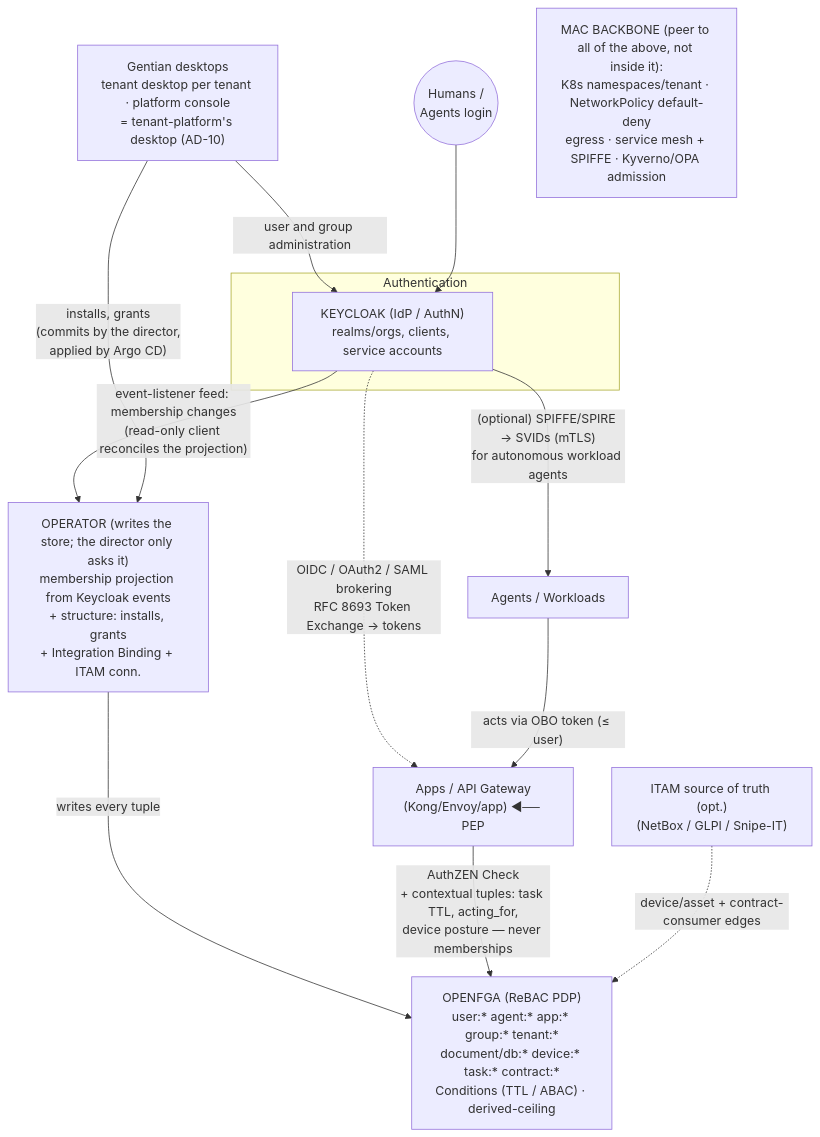
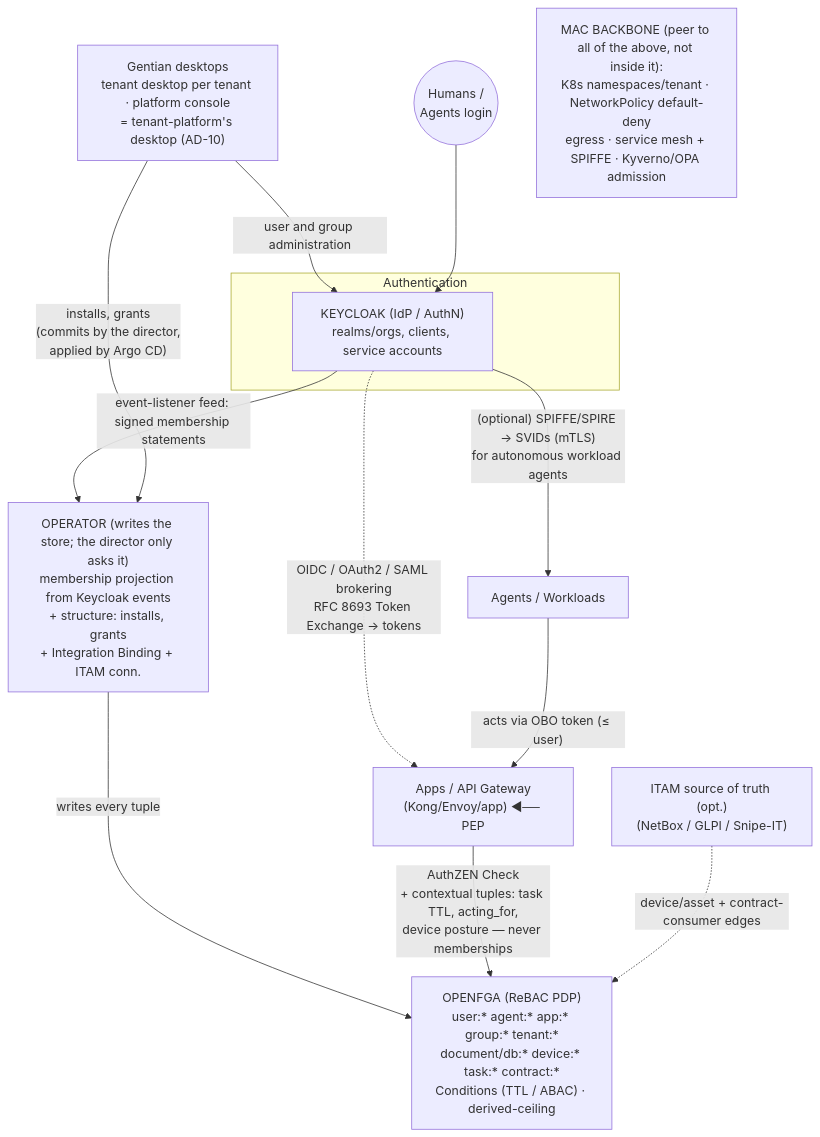
One commit to gentian-org/gentian-os changed the first of 3 diagrams in docs/design/security.md. Above: the diagram before and after it, drawn with Mermaid. The commit also changed other lines of this file and 3 other files, not shown here.

````diff
--- a/docs/design/security.md
+++ b/docs/design/security.md
@@ -617,36 +617,36 @@
 ```mermaid
 flowchart TD
     Shell["Gentian desktops<br>tenant desktop per tenant · platform console<br>= tenant-platform's desktop (AD-10)"]
     
     Users(("Humans /<br>Agents login"))
     
     subgraph Identity ["Authentication"]
         Keycloak["KEYCLOAK (IdP / AuthN)<br>realms/orgs, clients, service accounts"]
     end
     
     Director["OPERATOR (writes the store; the director only asks it)<br>membership projection from Keycloak events<br>+ structure: installs, grants<br>+ Integration Binding + ITAM conn."]
     
     AgentsWorkloads["Agents / Workloads"]
     Apps["Apps / API Gateway<br>(Kong/Envoy/app) ◄── PEP"]
     
     OpenFGA["OPENFGA (ReBAC PDP)<br>user:* agent:* app:* group:* tenant:*<br>document/db:* device:* task:* contract:*<br>Conditions (TTL / ABAC) · derived-ceiling"]
     
     ITAM["ITAM source of truth (opt.)<br>(NetBox / GLPI / Snipe-IT)"]
     
     MAC["MAC BACKBONE (peer to all of the above, not inside it):<br>K8s namespaces/tenant · NetworkPolicy default-deny<br>egress · service mesh + SPIFFE · Kyverno/OPA admission"]
     
     Shell -->|"user and group administration"| Keycloak
     Users --> Keycloak
     Keycloak -.->|"OIDC / OAuth2 / SAML brokering<br>RFC 8693 Token Exchange → tokens"| Apps
     
-    Keycloak -->|"event-listener feed: membership changes<br>(read-only client reconciles the projection)"| Director
+    Keycloak -->|"event-listener feed: signed membership statements"| Director
     Keycloak -->|"(optional) SPIFFE/SPIRE → SVIDs (mTLS)<br>for autonomous workload agents"| AgentsWorkloads
     
     AgentsWorkloads -->|"acts via OBO token (≤ user)"| Apps
     
     Shell -->|"installs, grants<br>(commits by the director,<br>applied by Argo CD)"| Director
     Director -->|"writes every tuple"| OpenFGA
     Apps -->|"AuthZEN Check<br>+ contextual tuples: task TTL, acting_for,<br>device posture — never memberships"| OpenFGA
     
     ITAM -.->|"device/asset + contract-consumer edges"| OpenFGA
 ```
````
